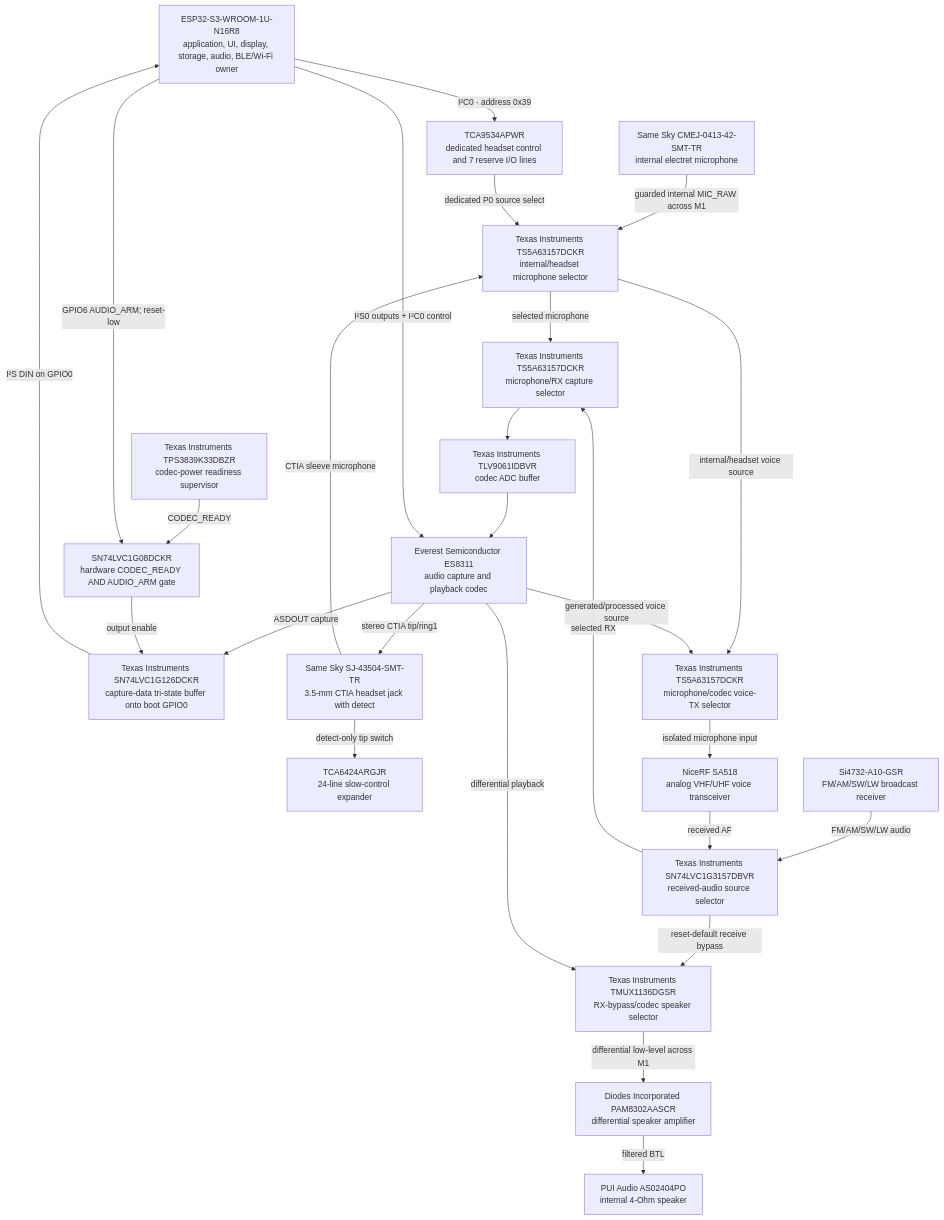
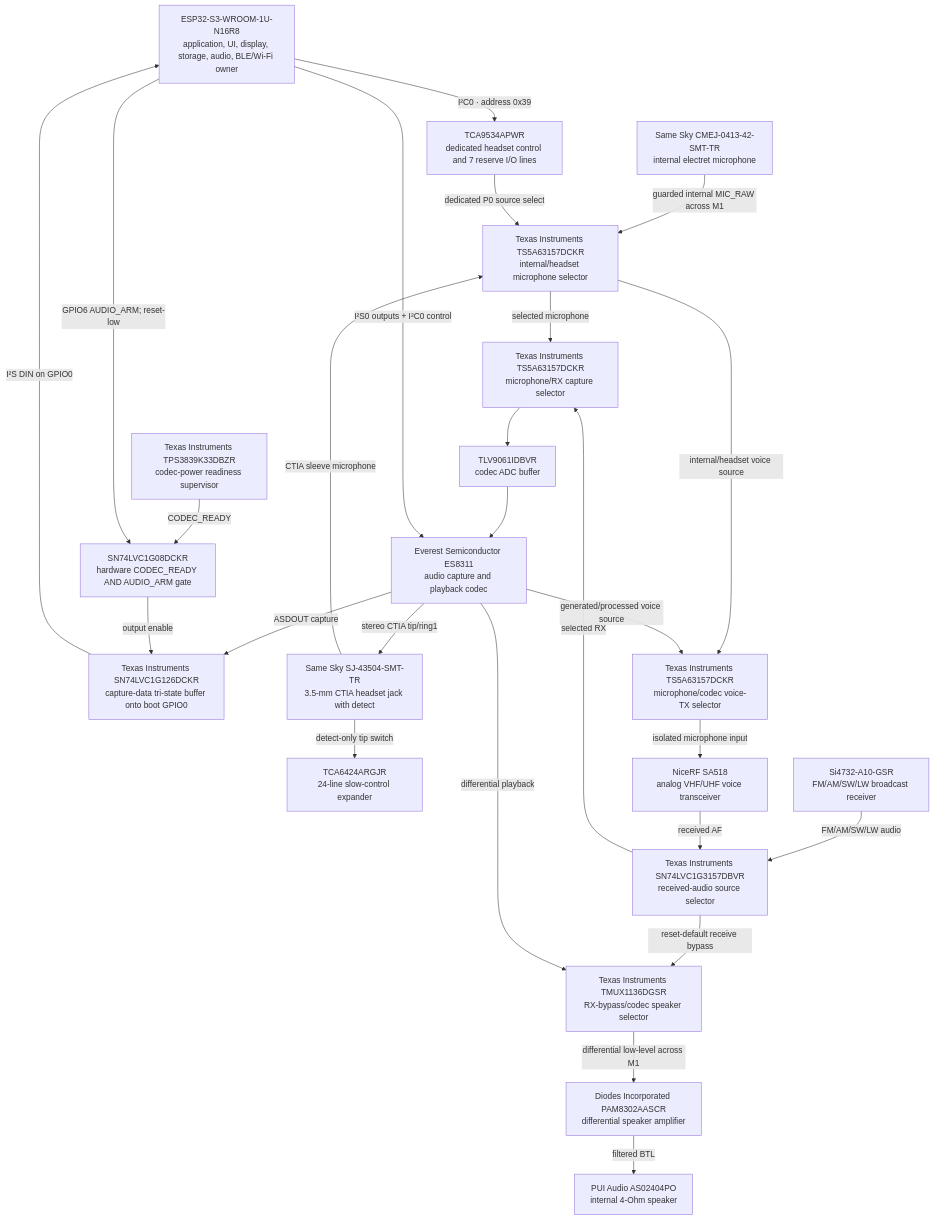
One commit to anton-vinogradov/esp32-leshy2 changed the sixth of 10 diagrams in README.md. Above: the diagram before and after it, drawn with Mermaid. The commit also changed other lines of this file and 39 other files, not shown here.

Commit message:
complete exact H2.2.9 UI TX safety schematic

````diff
--- a/README.md
+++ b/README.md
@@ -304,45 +306,45 @@
 ```mermaid
 flowchart TD
 S3["ESP32-S3-WROOM-1U-N16R8<br/>application, UI, display, storage, audio, BLE/Wi-Fi owner"]
 SLOW_IO["TCA6424ARGJR<br/>24-line slow-control expander"]
 RECEIVER["Si4732-A10-GSR<br/>FM/AM/SW/LW broadcast receiver"]
 VOICE["NiceRF SA518<br/>analog VHF/UHF voice transceiver"]
 MICROPHONE["Same Sky CMEJ-0413-42-SMT-TR<br/>internal electret microphone"]
 HEADSET_CONTROL_IO["TCA9534APWR<br/>dedicated headset control and 7 reserve I/O lines"]
 HEADSET_MIC_SELECTOR["Texas Instruments TS5A63157DCKR<br/>internal/headset microphone selector"]
 AUDIO_RX_MUX["Texas Instruments SN74LVC1G3157DBVR<br/>received-audio source selector"]
 AUDIO_CAPTURE_SELECTOR["Texas Instruments TS5A63157DCKR<br/>microphone/RX capture selector"]
-AUDIO_CAPTURE_BUFFER["Texas Instruments TLV9061IDBVR<br/>codec ADC buffer"]
+AUDIO_CAPTURE_BUFFER["TLV9061IDBVR<br/>codec ADC buffer"]
 CODEC["Everest Semiconductor ES8311<br/>audio capture and playback codec"]
 CODEC_SUPERVISOR["Texas Instruments TPS3839K33DBZR<br/>codec-power readiness supervisor"]
 CODEC_I2S_DIN_BOOT_GATE["SN74LVC1G08DCKR<br/>hardware CODEC_READY AND AUDIO_ARM gate"]
 CODEC_I2S_DIN_ISO["Texas Instruments SN74LVC1G126DCKR<br/>capture-data tri-state buffer onto boot GPIO0"]
 AUDIO_SPEAKER_SELECTOR["Texas Instruments TMUX1136DGSR<br/>RX-bypass/codec speaker selector"]
 AUDIO_TX_SELECTOR["Texas Instruments TS5A63157DCKR<br/>microphone/codec voice-TX selector"]
 SPEAKER_AMP["Diodes Incorporated PAM8302AASCR<br/>differential speaker amplifier"]
 SPEAKER["PUI Audio AS02404PO<br/>internal 4-Ohm speaker"]
 HEADPHONE_JACK["Same Sky SJ-43504-SMT-TR<br/>3.5-mm CTIA headset jack with detect"]
   RECEIVER -->|"FM/AM/SW/LW audio"| AUDIO_RX_MUX
   VOICE -->|"received AF"| AUDIO_RX_MUX
   AUDIO_RX_MUX -->|"selected RX"| AUDIO_CAPTURE_SELECTOR
   MICROPHONE -->|"guarded internal MIC_RAW across M1"| HEADSET_MIC_SELECTOR
   HEADPHONE_JACK -->|"CTIA sleeve microphone"| HEADSET_MIC_SELECTOR
   HEADPHONE_JACK -->|"detect-only tip switch"| SLOW_IO
   S3 -->|"I²C0 · address 0x39"| HEADSET_CONTROL_IO
   HEADSET_CONTROL_IO -->|"dedicated P0 source select"| HEADSET_MIC_SELECTOR
   HEADSET_MIC_SELECTOR -->|"selected microphone"| AUDIO_CAPTURE_SELECTOR
   AUDIO_CAPTURE_SELECTOR --> AUDIO_CAPTURE_BUFFER --> CODEC
   S3 -->|"I²S0 outputs + I²C0 control"| CODEC
   CODEC -->|"ASDOUT capture"| CODEC_I2S_DIN_ISO -->|"I²S DIN on GPIO0"| S3
   CODEC_SUPERVISOR -->|"CODEC_READY"| CODEC_I2S_DIN_BOOT_GATE
   S3 -->|"GPIO6 AUDIO_ARM; reset-low"| CODEC_I2S_DIN_BOOT_GATE
   CODEC_I2S_DIN_BOOT_GATE -->|"output enable"| CODEC_I2S_DIN_ISO
   AUDIO_RX_MUX -->|"reset-default receive bypass"| AUDIO_SPEAKER_SELECTOR
   CODEC -->|"differential playback"| AUDIO_SPEAKER_SELECTOR
   AUDIO_SPEAKER_SELECTOR -->|"differential low-level across M1"| SPEAKER_AMP
   SPEAKER_AMP -->|"filtered BTL"| SPEAKER
   CODEC -->|"stereo CTIA tip/ring1"| HEADPHONE_JACK
   HEADSET_MIC_SELECTOR -->|"internal/headset voice source"| AUDIO_TX_SELECTOR
   CODEC -->|"generated/processed voice source"| AUDIO_TX_SELECTOR
   AUDIO_TX_SELECTOR -->|"isolated microphone input"| VOICE
 ```
````
